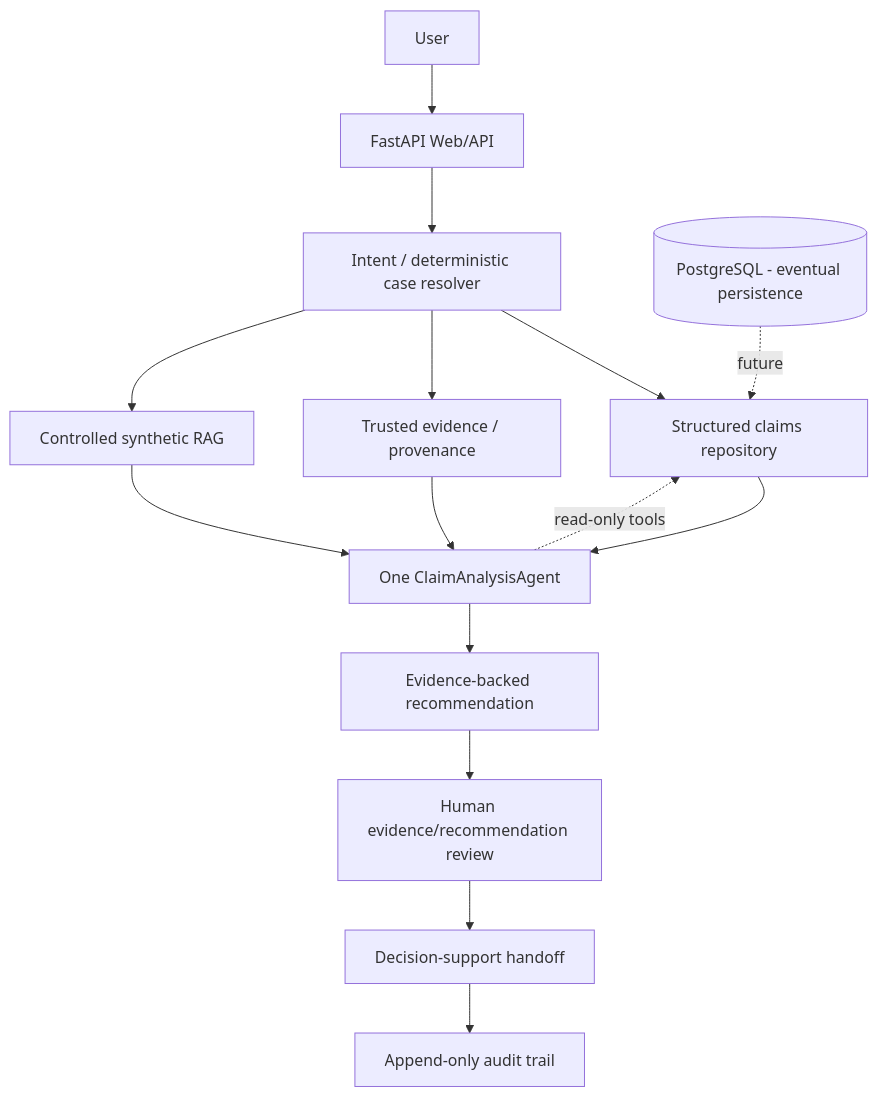
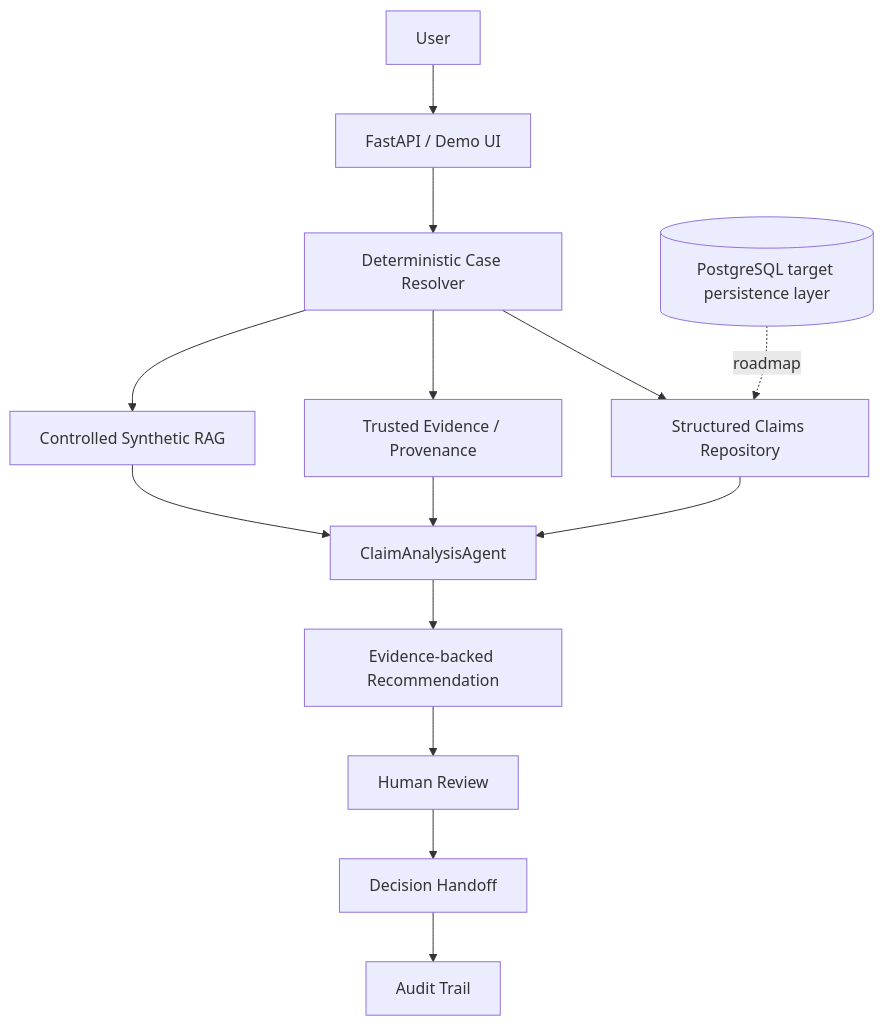
The diagram in README.md (JoelRola/insurance-claims-ai-platform), drawn with Mermaid before and after one commit. The commit also changed other lines of this file and 25 other files, not shown here.

````diff
--- a/README.md
+++ b/README.md
@@ -34,17 +28,16 @@
 ```mermaid
 flowchart TD
-    U[User] --> API[FastAPI Web/API]
-    API --> R[Intent / deterministic case resolver]
-    R --> S[Structured claims repository]
-    R --> E[Trusted evidence / provenance]
-    R --> K[Controlled synthetic RAG]
-    S --> A[One ClaimAnalysisAgent]
+    U[User] --> API[FastAPI / Demo UI]
+    API --> R[Deterministic Case Resolver]
+    R --> S[Structured Claims Repository]
+    R --> E[Trusted Evidence / Provenance]
+    R --> K[Controlled Synthetic RAG]
+    S --> A[ClaimAnalysisAgent]
     E --> A
     K --> A
-    A --> REC[Evidence-backed recommendation]
-    REC --> HR[Human evidence/recommendation review]
-    HR --> H[Decision-support handoff]
-    H --> AUD[Append-only audit trail]
-    PG[(PostgreSQL - eventual persistence)] -. future .-> S
-    A -. read-only tools .-> S
+    A --> REC[Evidence-backed Recommendation]
+    REC --> HR[Human Review]
+    HR --> H[Decision Handoff]
+    H --> AUD[Audit Trail]
+    PG[(PostgreSQL target persistence layer)] -. roadmap .-> S
 ```
````
